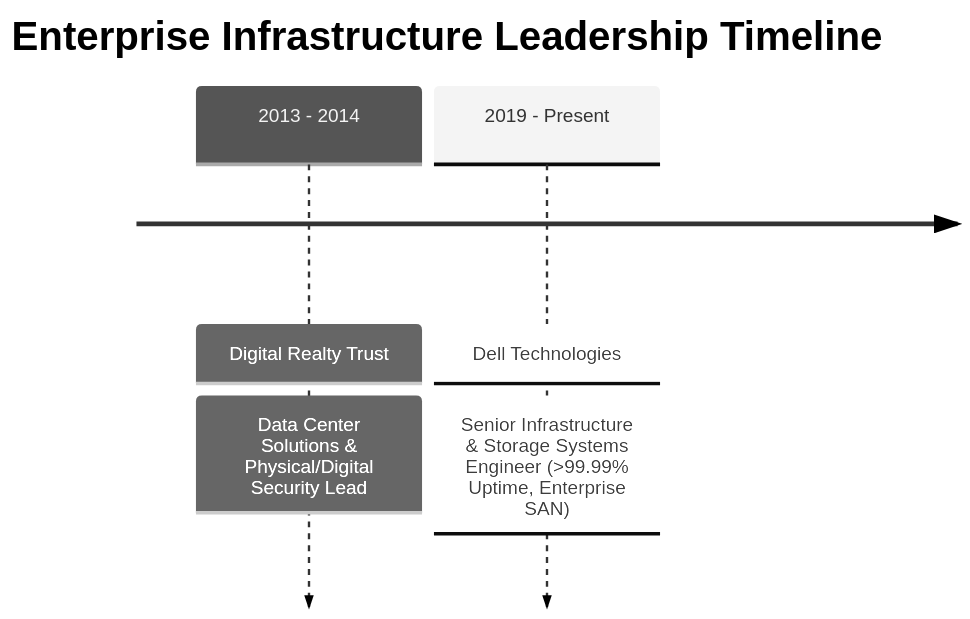
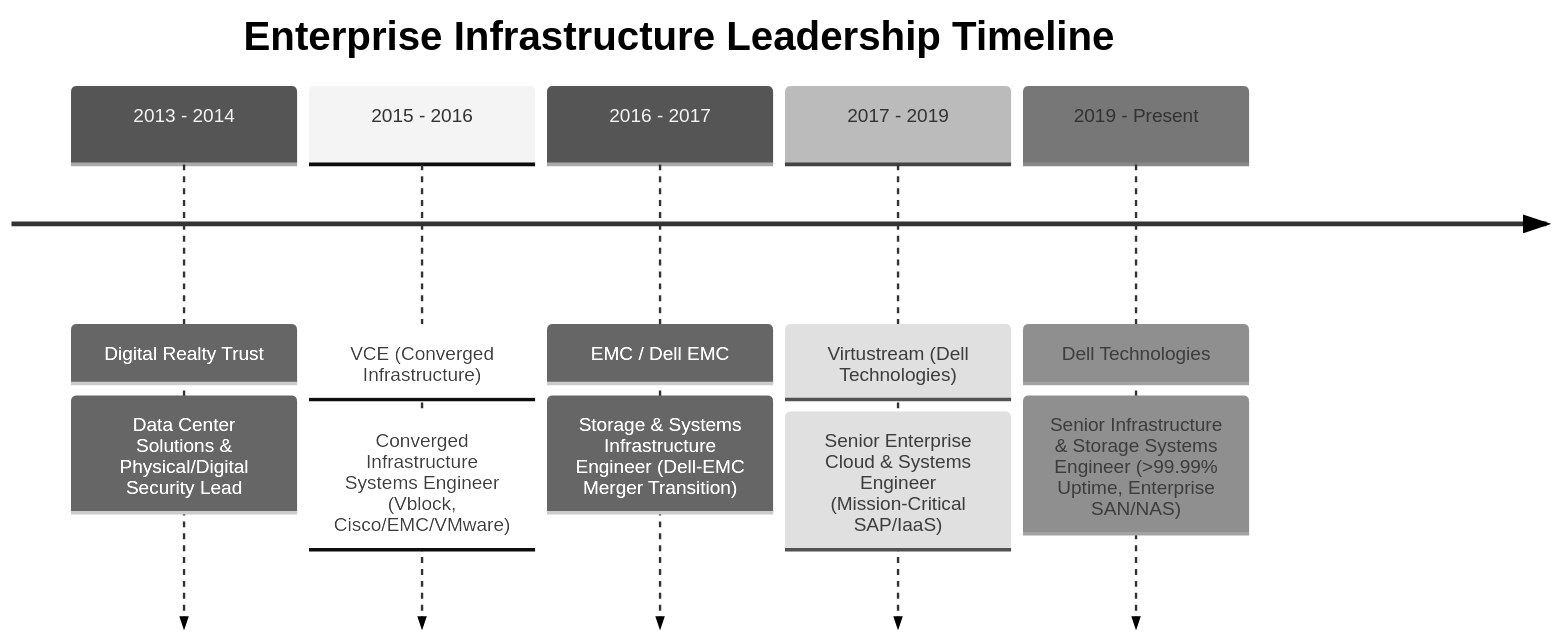
Before and after one commit to Chammin00/Chammin00: the diagram in README.md, drawn with Mermaid (neutral theme). The commit also changed other lines of this file and 2 other files, not shown here.

Commit message:
feat: document accurate Dell, Virtustream, EMC, and VCE merger progression across career timeline

````diff
--- a/README.md
+++ b/README.md
@@ -120,6 +120,9 @@
 ```mermaid
 timeline
     title Enterprise Infrastructure Leadership Timeline
     2013 - 2014 : Digital Realty Trust : Data Center Solutions & Physical/Digital Security Lead
-    2019 - Present : Dell Technologies : Senior Infrastructure & Storage Systems Engineer (>99.99% Uptime, Enterprise SAN)
+    2015 - 2016 : VCE (Converged Infrastructure) : Converged Infrastructure Systems Engineer (Vblock, Cisco/EMC/VMware)
+    2016 - 2017 : EMC / Dell EMC : Storage & Systems Infrastructure Engineer (Dell-EMC Merger Transition)
+    2017 - 2019 : Virtustream (Dell Technologies) : Senior Enterprise Cloud & Systems Engineer (Mission-Critical SAP/IaaS)
+    2019 - Present : Dell Technologies : Senior Infrastructure & Storage Systems Engineer (>99.99% Uptime, Enterprise SAN/NAS)
 ```
````
